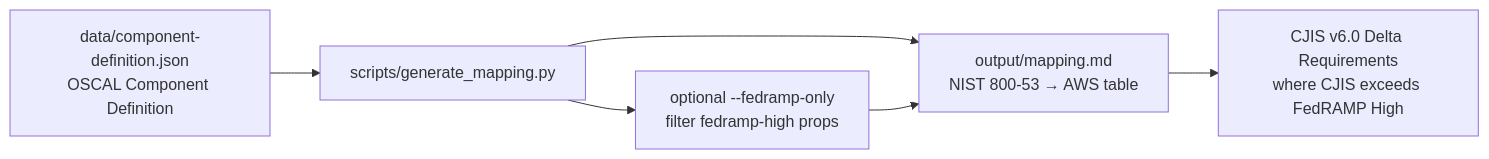
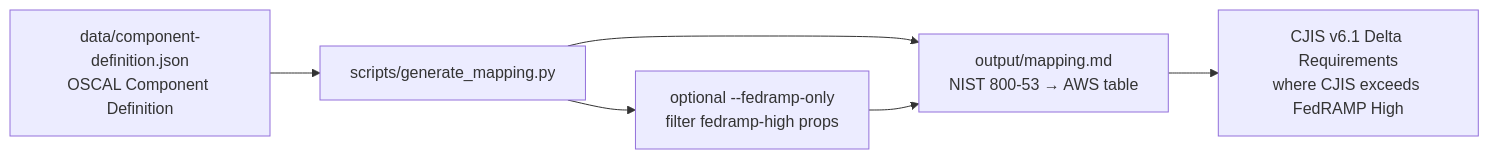
One commit to 0xBahalaNa/nist-800-53-rev-5-to-aws-mapping changed the diagram in README.md. Above: the diagram before and after it, drawn with Mermaid. The commit also changed other lines of this file and 4 other files, not shown here.

````diff
--- a/README.md
+++ b/README.md
@@ -14,8 +14,8 @@
 ```mermaid
 graph LR
     A["data/component-definition.json<br/>OSCAL Component Definition"] --> B["scripts/generate_mapping.py"]
     B --> C["optional --fedramp-only<br/>filter fedramp-high props"]
     B --> D["output/mapping.md<br/>NIST 800-53 → AWS table"]
     C --> D
-    D --> E["CJIS v6.0 Delta Requirements<br/>where CJIS exceeds FedRAMP High"]
+    D --> E["CJIS v6.1 Delta Requirements<br/>where CJIS exceeds FedRAMP High"]
 ```
````
